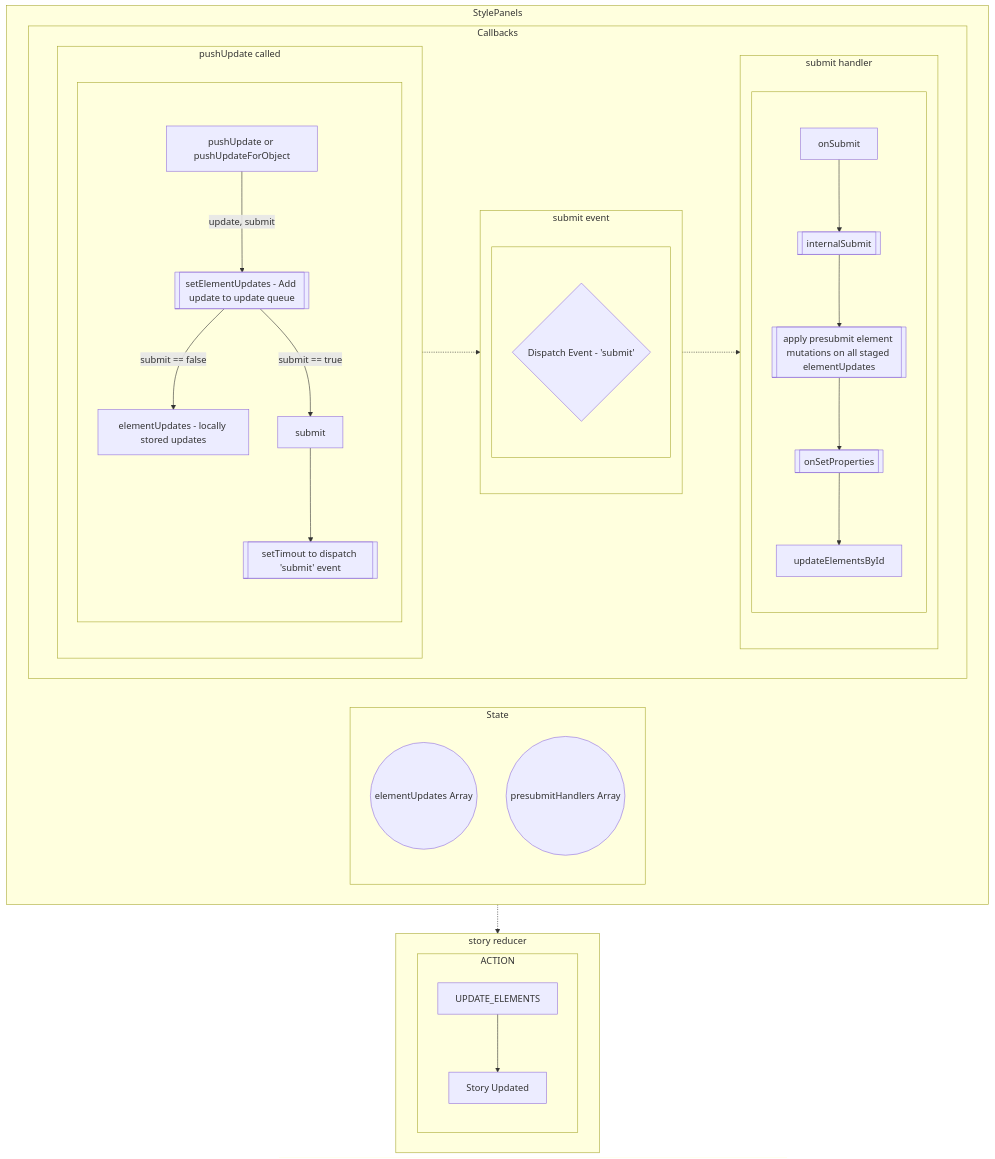
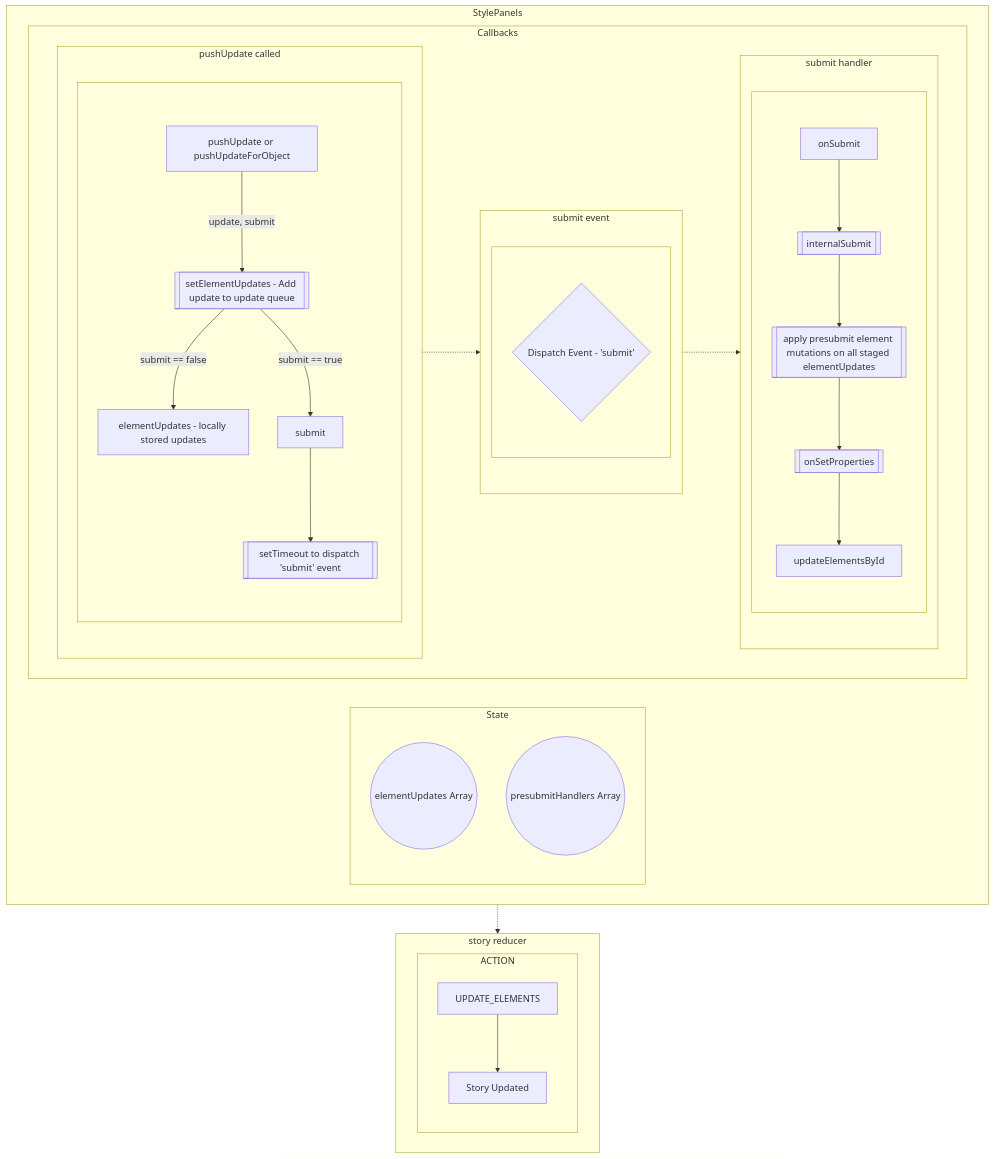
Before and after one commit to GoogleForCreators/web-stories-wp: the diagram in docs/design-panel-push-update-flow.md, drawn with Mermaid. The commit also changed 72 other files, not shown here.

````diff
--- a/docs/design-panel-push-update-flow.md
+++ b/docs/design-panel-push-update-flow.md
@@ -5,47 +5,47 @@
 ```mermaid
 flowchart TB
     subgraph story_reducer[story reducer]
         direction LR
         subgraph ACTION
             direction TB
             L[UPDATE_ELEMENTS] --> M[Story Updated]
         end
     end
     subgraph design_panels[StylePanels]
         subgraph design_panel_state[State]
             direction TB
             design_panel_state_el_updates((elementUpdates Array))
             design_panel_state_el_handlers((presubmitHandlers Array))
         end
         subgraph design_panel_callbacks[Callbacks]
             direction LR
             subgraph submit_handler[submit handler]
                 subgraph SUBMIT [ ]
                     direction TB
                     E[onSubmit] --> F[[internalSubmit]]
                     F --> G[[apply presubmit element mutations on all staged elementUpdates]]
                     G --> H[[onSetProperties]]
                     H --> I[updateElementsById]
                 end
             end
             subgraph submit_event[submit event]
                 subgraph DOM EVENT FIRED [ ]
                     direction TB
                     K{Dispatch Event - 'submit'}
                 end
             end
             subgraph push_update[pushUpdate called]
                 subgraph INPUT ONCHANGE[ ]
                     direction TB
                     A[pushUpdate or pushUpdateForObject] --> |update, submit| B[[setElementUpdates - Add update to update queue]]
                     B -->|submit == false| C[elementUpdates - locally stored updates]
                     B --> |submit == true| D[submit]
-                    D --> J[[setTimout to dispatch 'submit' event]]
+                    D --> J[[setTimeout to dispatch 'submit' event]]
                 end
             end
         end
     end
        push_update .-> submit_event
        submit_event .-> submit_handler
        design_panels .-> story_reducer
 ```
````
